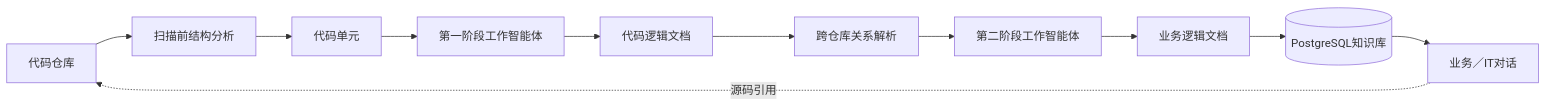
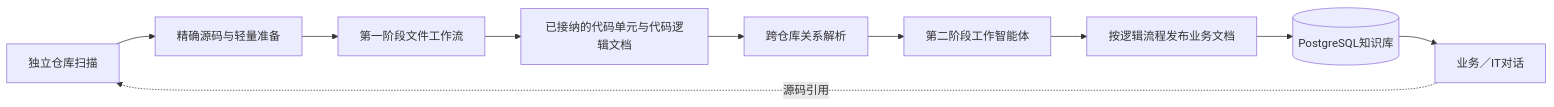
The diagram in README.zh-CN.md (ZHdpt/vulgata), drawn with Mermaid before and after one commit. The commit also changed other lines of this file and 77 other files, not shown here.

````diff
--- a/README.zh-CN.md
+++ b/README.zh-CN.md
@@ -30,13 +30,12 @@
 ```mermaid
 flowchart LR
-    A[代码仓库] --> B[扫描前结构分析]
-    B --> C[代码单元]
-    C --> D[第一阶段工作智能体]
-    D --> E[代码逻辑文档]
+    A[独立仓库扫描] --> B[精确源码与轻量准备]
+    B --> D[第一阶段文件工作流]
+    D --> E[已接纳的代码单元与代码逻辑文档]
     E --> F[跨仓库关系解析]
     F --> G[第二阶段工作智能体]
-    G --> H[业务逻辑文档]
+    G --> H[按逻辑流程发布业务文档]
     H --> I[(PostgreSQL知识库)]
     I --> J[业务／IT对话]
     J -. 源码引用 .-> A
 ```
````
